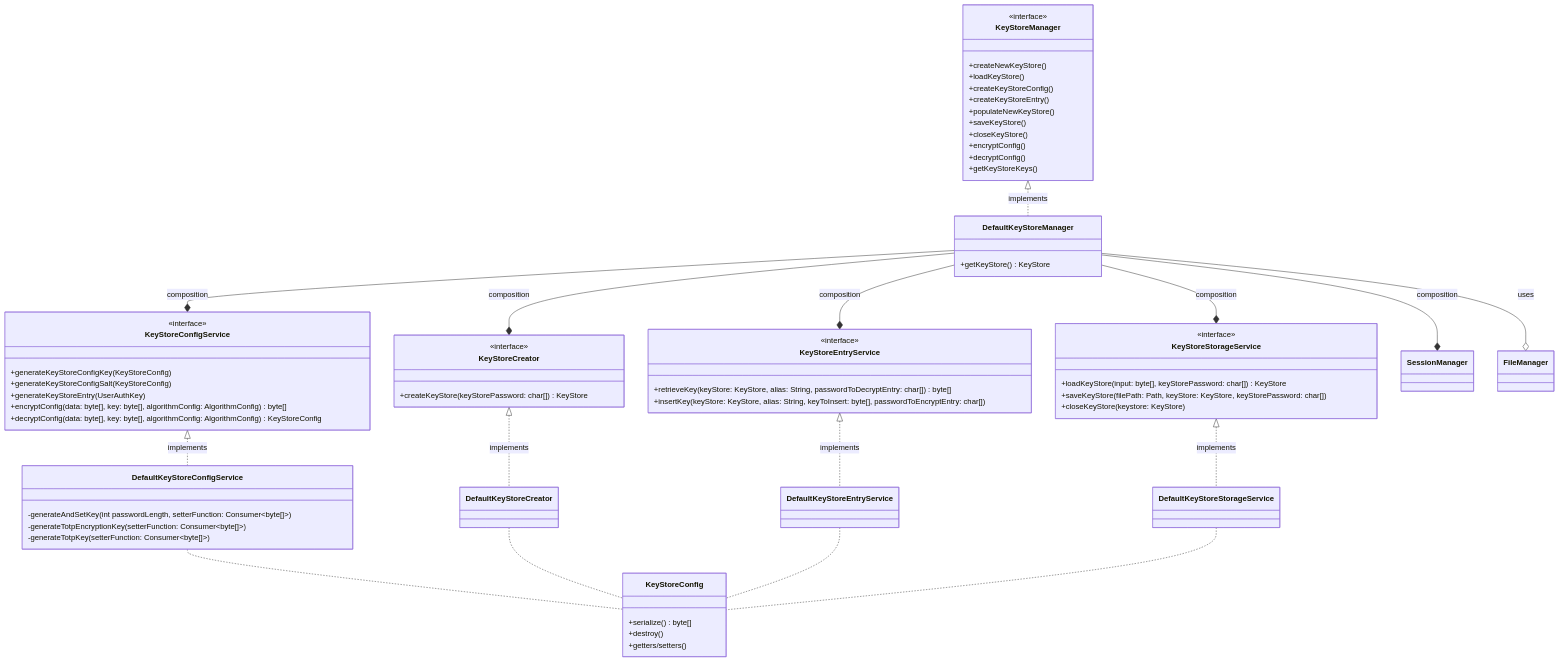
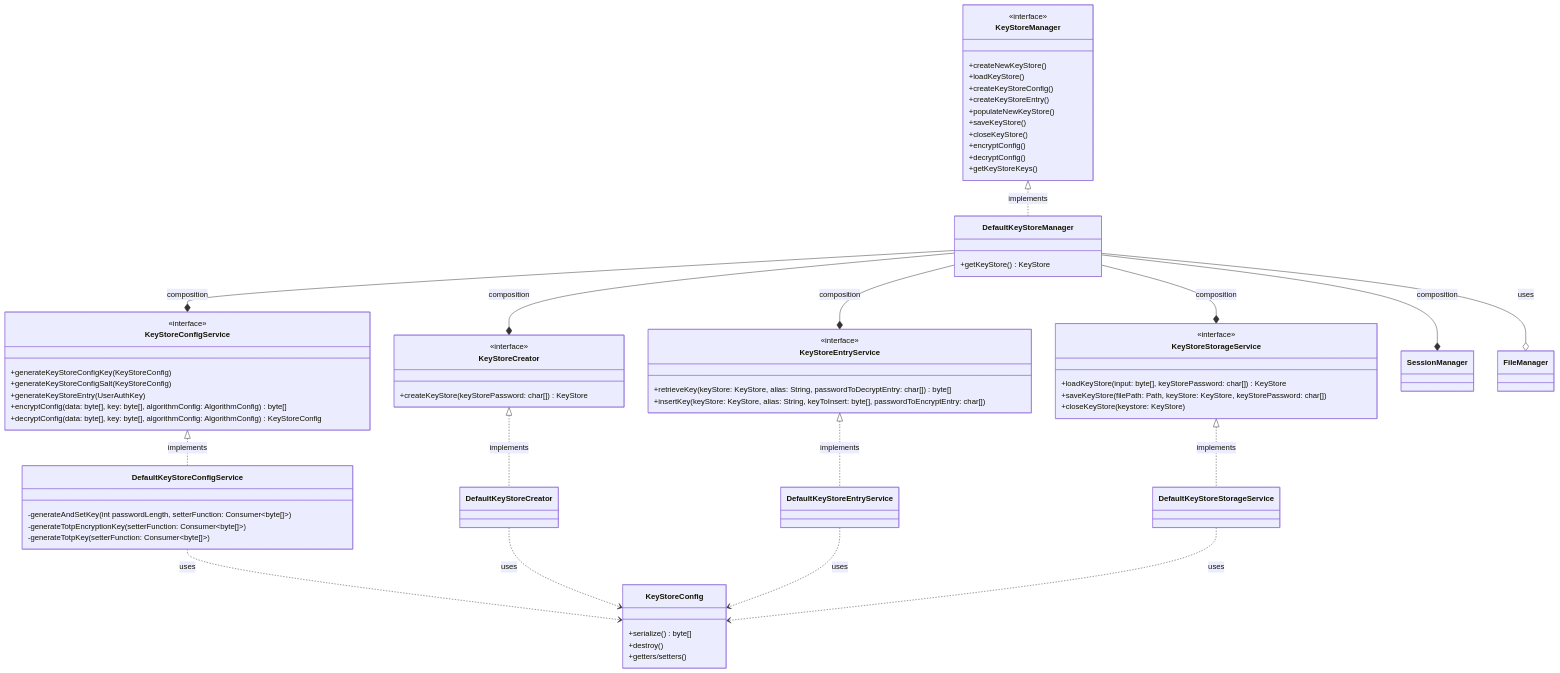
One commit to ZY-UNIVERSITA/Progetto-OOP changed the tenth of 17 diagrams in Report.md. Above: the diagram before and after it, drawn with Mermaid. The commit also changed other lines of this file, not shown here.

Commit message:
Update mermaid grah

````diff
--- a/Report.md
+++ b/Report.md
@@ -737,9 +737,9 @@
 
     DefaultKeyStoreManager --o FileManager : uses
 
-    DefaultKeyStoreConfigService .. KeyStoreConfig
-    DefaultKeyStoreCreator .. KeyStoreConfig
-    DefaultKeyStoreEntryService .. KeyStoreConfig
-    DefaultKeyStoreStorageService .. KeyStoreConfig
+    DefaultKeyStoreConfigService ..> KeyStoreConfig : uses
+    DefaultKeyStoreCreator ..> KeyStoreConfig : uses
+    DefaultKeyStoreEntryService ..> KeyStoreConfig : uses
+    DefaultKeyStoreStorageService ..> KeyStoreConfig : uses
 
 ```
````
